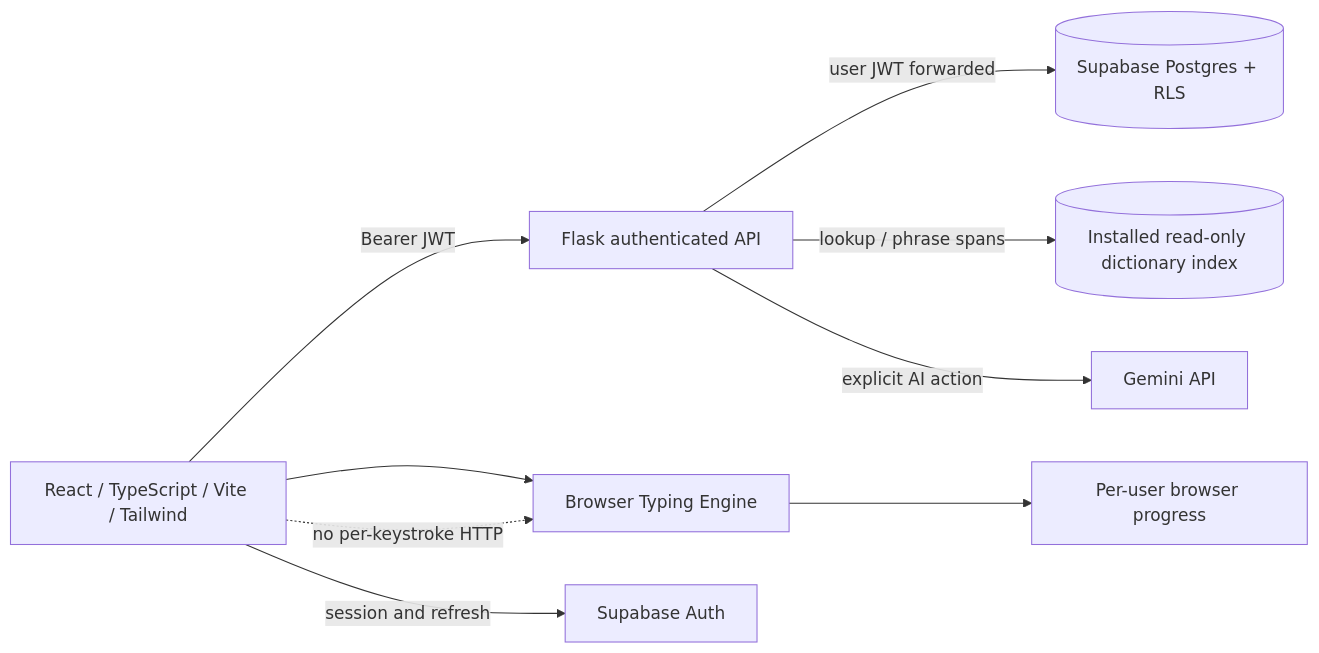
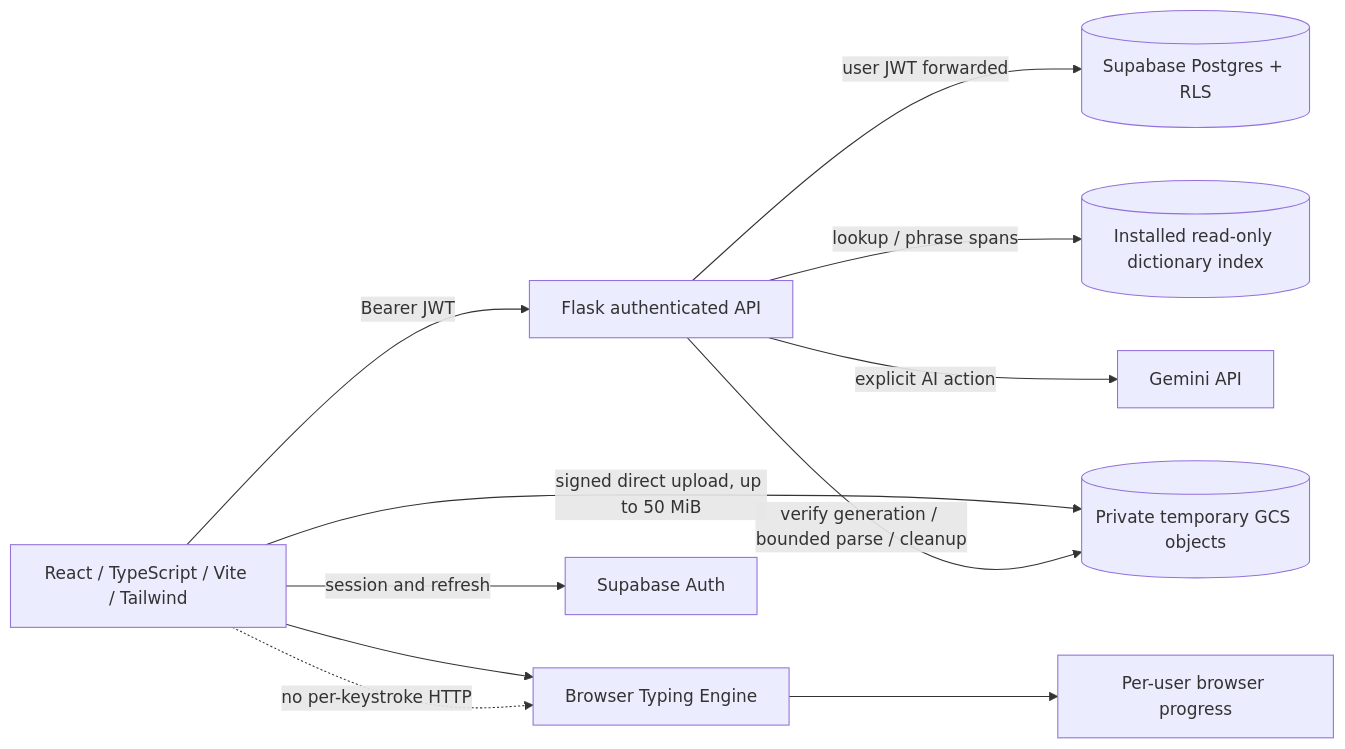
Before and after one commit to li-minjian/Vocabulary-Learning-App: the first of 2 diagrams in docs/ARCHITECTURE.md, drawn with Mermaid. The commit also changed other lines of this file and 45 other files, not shown here.

Commit message:
feat: pin dictionary images and add secure 50 MiB direct uploads

````diff
--- a/docs/ARCHITECTURE.md
+++ b/docs/ARCHITECTURE.md
@@ -18,18 +18,21 @@
 ```mermaid
 flowchart LR
   UI[React / TypeScript / Vite / Tailwind]
   Input[Browser Typing Engine]
   Progress[Per-user browser progress]
   API[Flask authenticated API]
   Auth[Supabase Auth]
   DB[(Supabase Postgres + RLS)]
   Dictionary[(Installed read-only dictionary index)]
   AI[Gemini API]
+  Uploads[(Private temporary GCS objects)]
   UI -->|session and refresh| Auth
   UI -->|Bearer JWT| API
   UI --> Input --> Progress
   API -->|user JWT forwarded| DB
   API -->|lookup / phrase spans| Dictionary
   API -->|explicit AI action| AI
+  UI -->|signed direct upload, up to 50 MiB| Uploads
+  API -->|verify generation / bounded parse / cleanup| Uploads
   UI -. no per-keystroke HTTP .-> Input
 ```
````
